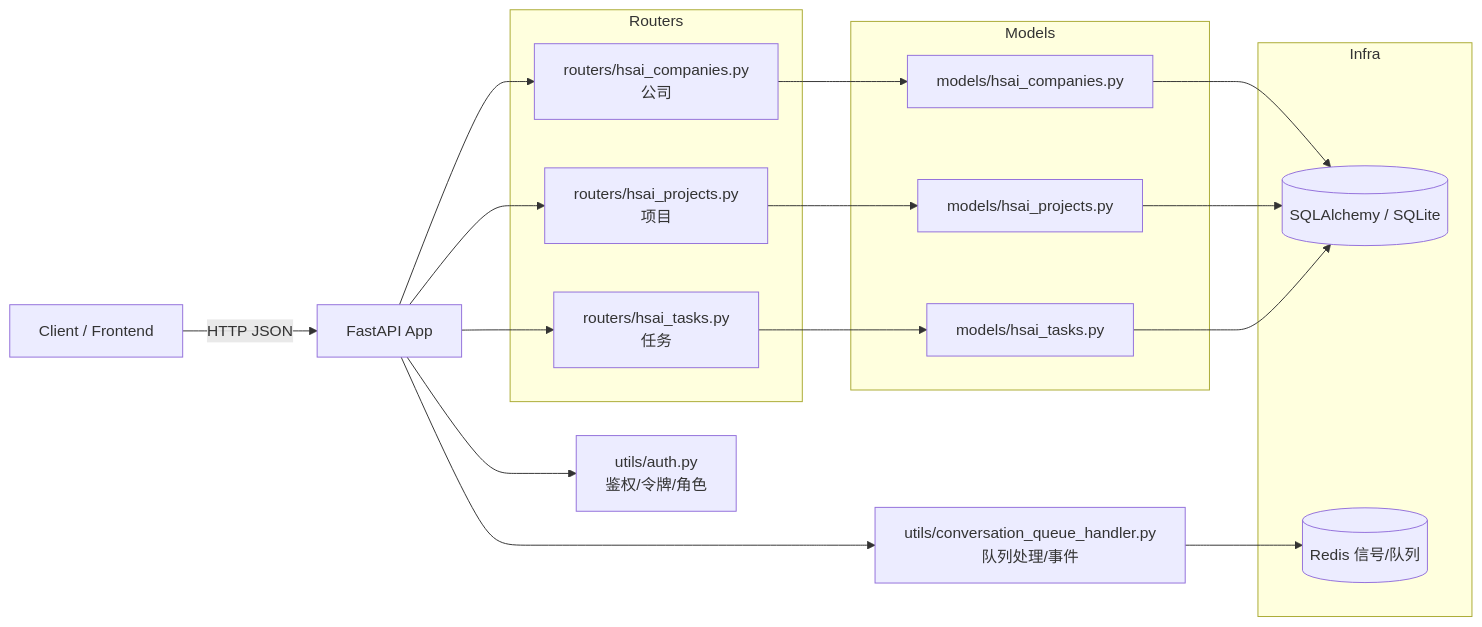
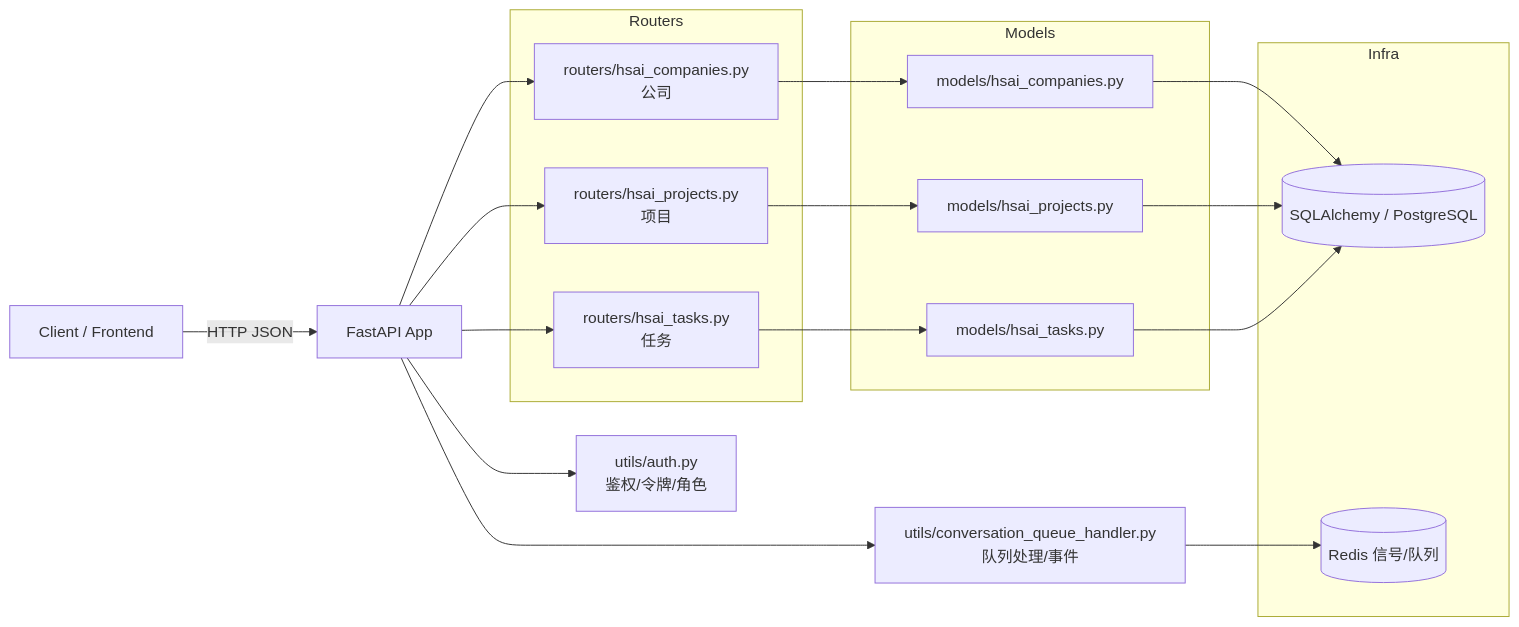
One commit to Cokefish9527/open-webui changed the first of 4 diagrams in PROJECTWIKI.md. Above: the diagram before and after it, drawn with Mermaid. The commit also changed other lines of this file and 4 other files, not shown here.

First line of the commit message:
feat(database): 切换默认数据库为 PostgreSQL 并支持迁移

````diff
--- a/PROJECTWIKI.md
+++ b/PROJECTWIKI.md
@@ -13,30 +15,30 @@
 ```mermaid
 flowchart LR
   Client[Client / Frontend] -->|HTTP JSON| API[FastAPI App]
   API --> AUTH[utils/auth.py\n鉴权/令牌/角色]
   subgraph Routers
     RC[routers/hsai_companies.py\n公司]
     RP[routers/hsai_projects.py\n项目]
     RT[routers/hsai_tasks.py\n任务]
   end
   API --> RC
   API --> RP
   API --> RT
   subgraph Models
     MC[models/hsai_companies.py]
     MP[models/hsai_projects.py]
     MT[models/hsai_tasks.py]
   end
   RC --> MC
   RP --> MP
   RT --> MT
   subgraph Infra
-    DB[(SQLAlchemy / SQLite)]
+    DB[(SQLAlchemy / PostgreSQL)]
     REDIS[(Redis 信号/队列)]
   end
   MC --> DB
   MP --> DB
   MT --> DB
   API --> QH[utils/conversation_queue_handler.py\n队列处理/事件]
   QH --> REDIS
 ```
````
